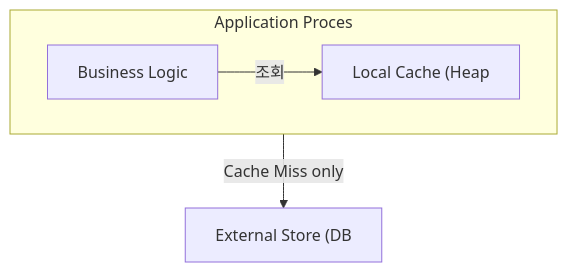
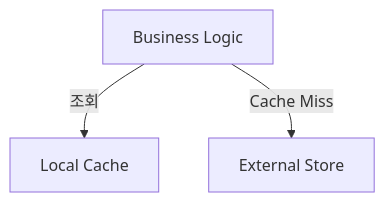
Before and after one commit to yjkim2015/yjkim2015.github.io: the first of 4 diagrams in _posts/localcache/2026-05-01-local-cache-comparison.md, drawn with Mermaid. The commit also changed 155 other files, not shown here.

First line of the commit message:
Mermaid 전면 수정: subgraph 제거, participant/노드/줄수 축소 (342블록)

````diff
--- a/_posts/localcache/2026-05-01-local-cache-comparison.md
+++ b/_posts/localcache/2026-05-01-local-cache-comparison.md
@@ -16,7 +16,5 @@
 ```mermaid
 graph TD
-    subgraph APP["Application Proces"]
-        BL["Business Logic"] -->|조회| LC["Local Cache (Heap"]
-    end
-    APP -->|Cache Miss only| EXT["External Store (DB"]
+    BL["Business Logic"] -->|조회| LC["Local Cache"]
+    BL -->|Cache Miss| EXT["External Store"]
 ```
````
